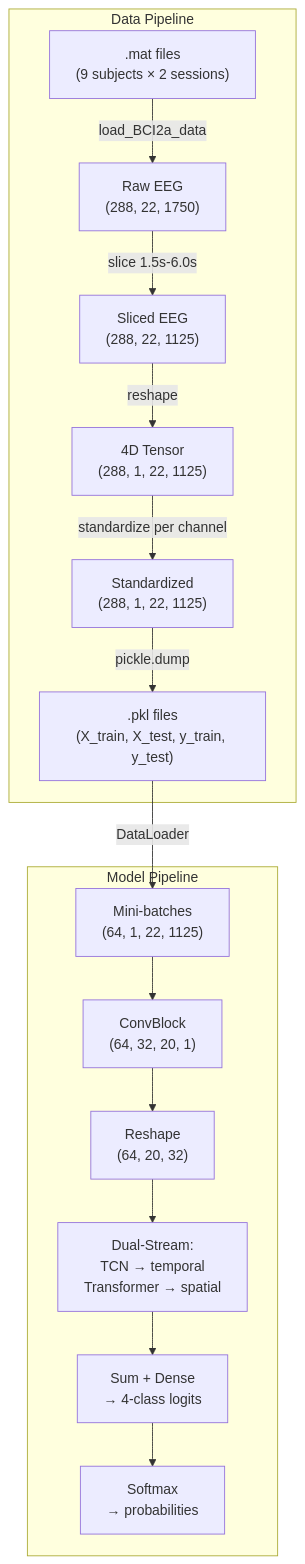
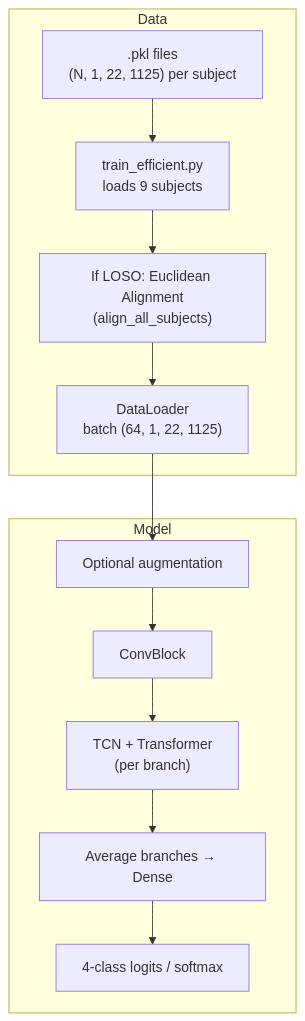
The fourth of 4 diagrams in process_documentation.md (razuahmedjoy/efficient-transformer-BCI), drawn with Mermaid before and after one commit. The commit also changed other lines of this file and 11 other files, not shown here.

````diff
--- a/process_documentation.md
+++ b/process_documentation.md
@@ -254,19 +264,15 @@
 ```mermaid
 flowchart TD
-    subgraph Data["Data Pipeline"]
-        MAT[".mat files\n(9 subjects × 2 sessions)"] -->|load_BCI2a_data| RAW["Raw EEG\n(288, 22, 1750)"]
-        RAW -->|slice 1.5s-6.0s| SLICED["Sliced EEG\n(288, 22, 1125)"]
-        SLICED -->|reshape| RESHAPED["4D Tensor\n(288, 1, 22, 1125)"]
-        RESHAPED -->|standardize per channel| STANDARD["Standardized\n(288, 1, 22, 1125)"]
-        STANDARD -->|pickle.dump| PKL[".pkl files\n(X_train, X_test, y_train, y_test)"]
+    subgraph Data
+        PKL[".pkl files\n(N, 1, 22, 1125) per subject"] --> LOAD["train_efficient.py\nloads 9 subjects"]
+        LOAD --> LOSO_EA["If LOSO: Euclidean Alignment\n(align_all_subjects)"]
+        LOSO_EA --> BATCH["DataLoader\nbatch (64, 1, 22, 1125)"]
     end
-
-    subgraph Model["Model Pipeline"]
-        PKL -->|DataLoader| BATCH["Mini-batches\n(64, 1, 22, 1125)"]
-        BATCH --> CONV["ConvBlock\n(64, 32, 20, 1)"]
-        CONV --> RESHAPE2["Reshape\n(64, 20, 32)"]
-        RESHAPE2 --> DUAL["Dual-Stream:\nTCN → temporal\nTransformer → spatial"]
-        DUAL --> FUSE["Sum + Dense\n→ 4-class logits"]
-        FUSE --> SOFTMAX["Softmax\n→ probabilities"]
+    subgraph Model
+        BATCH --> AUG["Optional augmentation"]
+        AUG --> CONV["ConvBlock"]
+        CONV --> DUAL["TCN + Transformer\n(per branch)"]
+        DUAL --> FUSE["Average branches → Dense"]
+        FUSE --> OUT["4-class logits / softmax"]
     end
 ```
````
